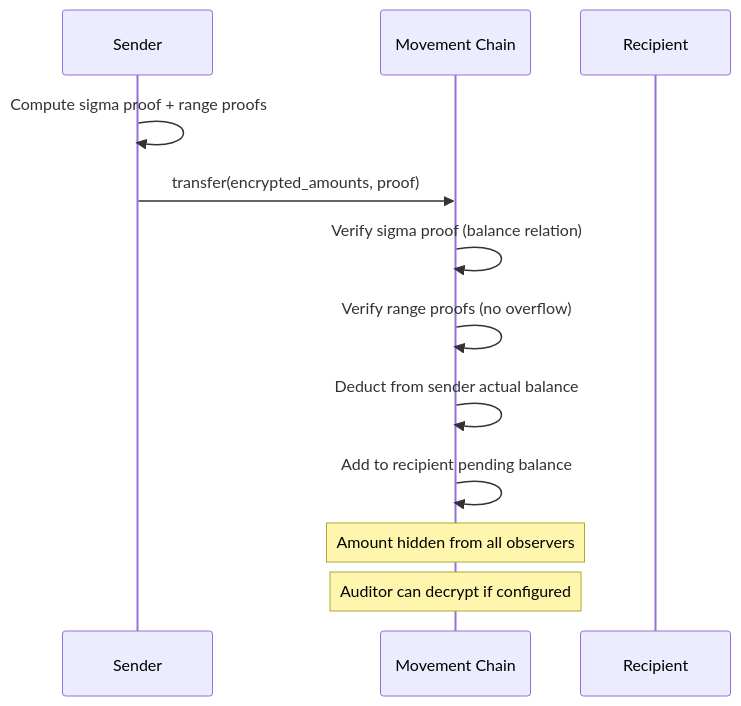
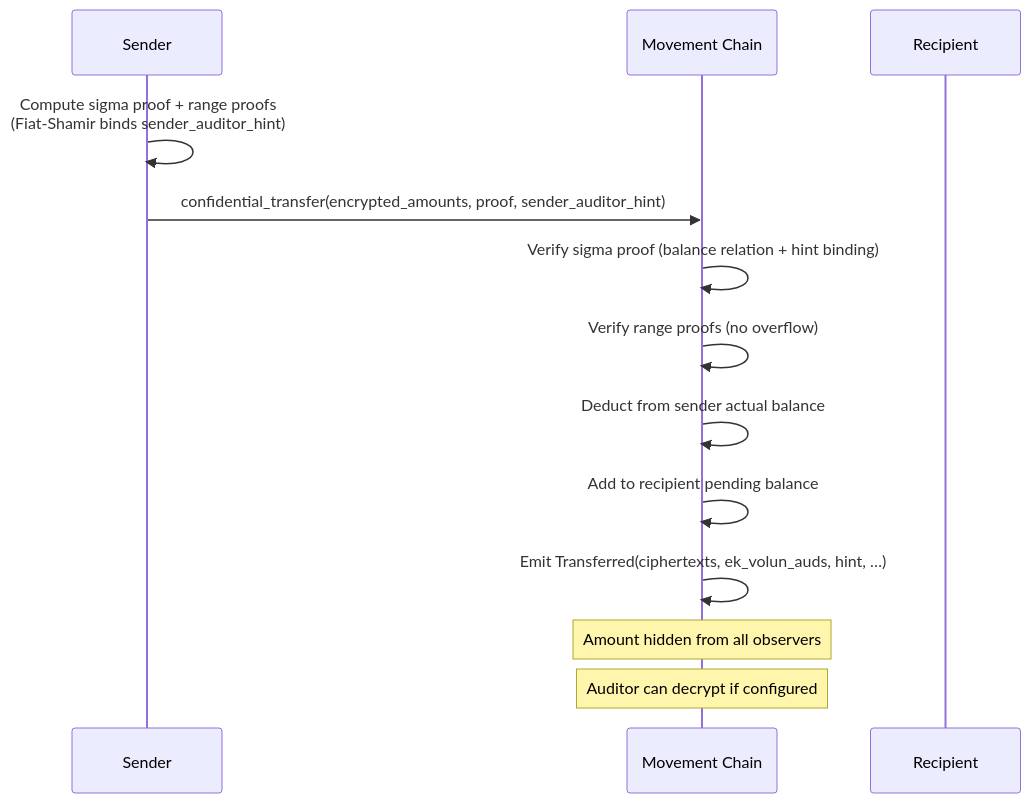
The eighth of 15 diagrams in aptos-move/framework/aptos-experimental/whitepaper.md (movement-network/aptos-core), drawn with Mermaid before and after one commit. The commit also changed other lines of this file and 10 other files, not shown here.

Commit message:
add ek_volun_auds and auditor_hint to Transferred event

````diff
--- a/aptos-move/framework/aptos-experimental/whitepaper.md
+++ b/aptos-move/framework/aptos-experimental/whitepaper.md
@@ -225,14 +228,15 @@
 ```mermaid
 sequenceDiagram
     participant Sender
     participant Chain as Movement Chain
     participant Recipient
-    Sender->>Sender: Compute sigma proof + range proofs
-    Sender->>Chain: transfer(encrypted_amounts, proof)
-    Chain->>Chain: Verify sigma proof (balance relation)
+    Sender->>Sender: Compute sigma proof + range proofs<br/>(Fiat-Shamir binds sender_auditor_hint)
+    Sender->>Chain: confidential_transfer(encrypted_amounts, proof, sender_auditor_hint)
+    Chain->>Chain: Verify sigma proof (balance relation + hint binding)
     Chain->>Chain: Verify range proofs (no overflow)
     Chain->>Chain: Deduct from sender actual balance
     Chain->>Chain: Add to recipient pending balance
+    Chain->>Chain: Emit Transferred(ciphertexts, ek_volun_auds, hint, …)
     Note over Chain: Amount hidden from all observers
     Note over Chain: Auditor can decrypt if configured
 ```
````
